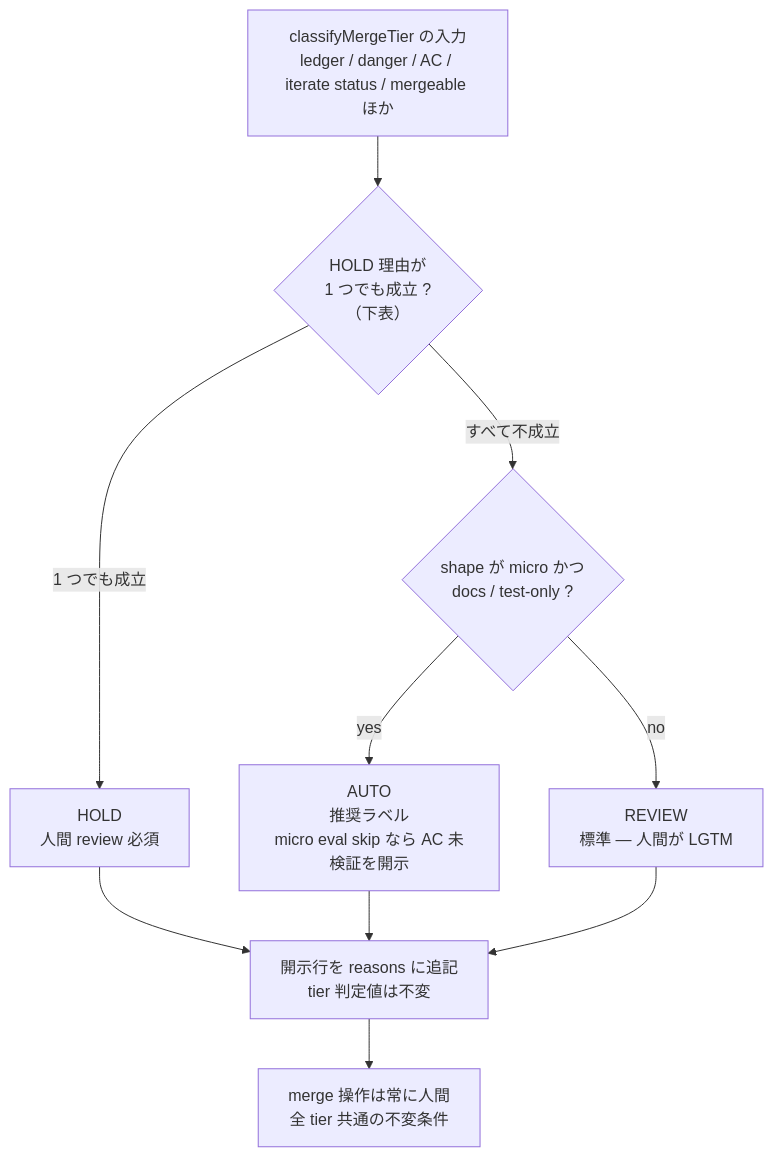
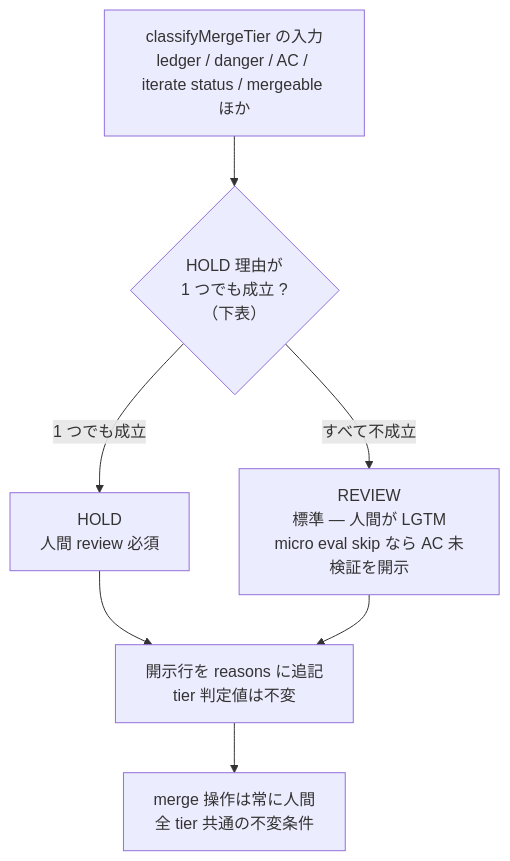
Diagram 13 of 13 in docs/dev-flow-atlas.md (it-all-playpark/claude-plugins), drawn with Mermaid before and after one commit. The commit also changed other lines of this file and 24 other files, not shown here.

First line of the commit message:
refactor(dev-flow): merge tier の AUTO を撤去して HOLD / REVIEW の 2 値にする (#1241)

````diff
--- a/docs/dev-flow-atlas.md
+++ b/docs/dev-flow-atlas.md
@@ -401,14 +399,11 @@
 ```mermaid
 flowchart TD
     IN["classifyMergeTier の入力<br/>ledger / danger / AC / iterate status / mergeable ほか"] --> H{"HOLD 理由が<br/>1 つでも成立 ?<br/>（下表）"}
 
     H -->|"1 つでも成立"| HOLD["HOLD<br/>人間 review 必須"]
-    H -->|"すべて不成立"| A{"shape が micro かつ<br/>docs / test-only ?"}
-    A -->|yes| AUTO["AUTO<br/>推奨ラベル<br/>micro eval skip なら AC 未検証を開示"]
-    A -->|no| REVIEW["REVIEW<br/>標準 — 人間が LGTM"]
+    H -->|"すべて不成立"| REVIEW["REVIEW<br/>標準 — 人間が LGTM<br/>micro eval skip なら AC 未検証を開示"]
 
     HOLD --> D["開示行を reasons に追記<br/>tier 判定値は不変"]
-    AUTO --> D
     REVIEW --> D
     D --> M["merge 操作は常に人間<br/>全 tier 共通の不変条件"]
 ```
````
